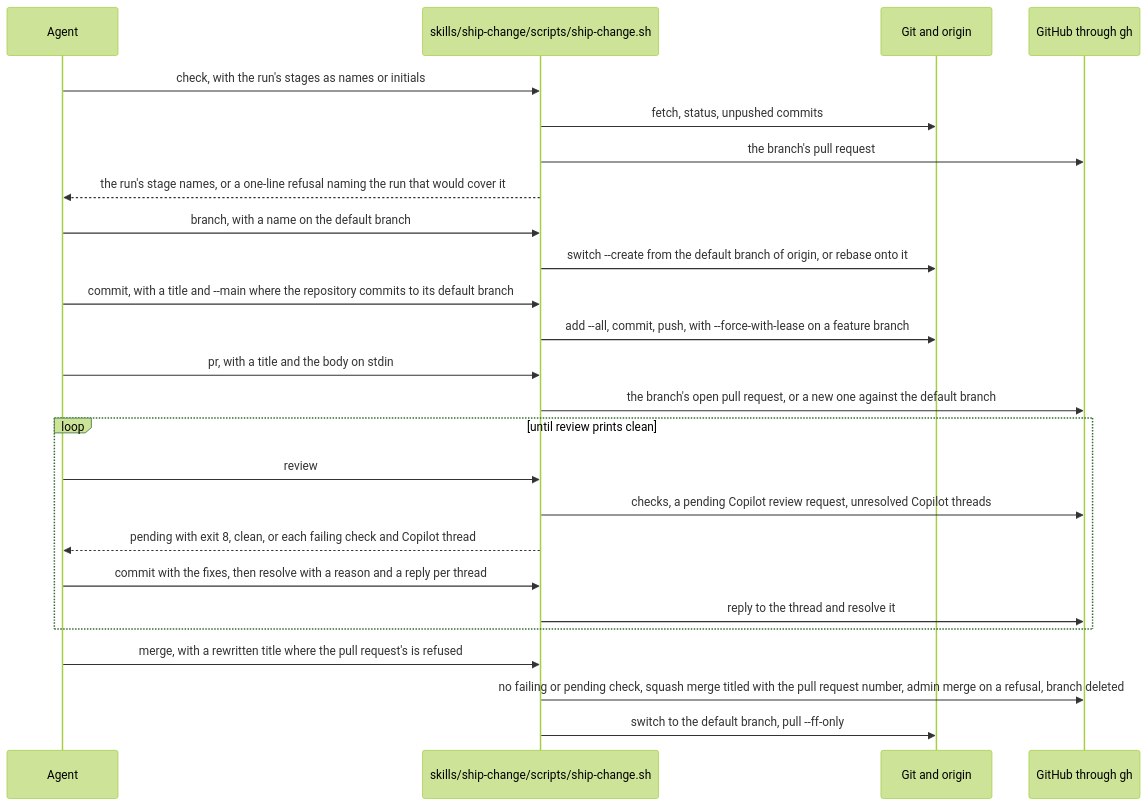
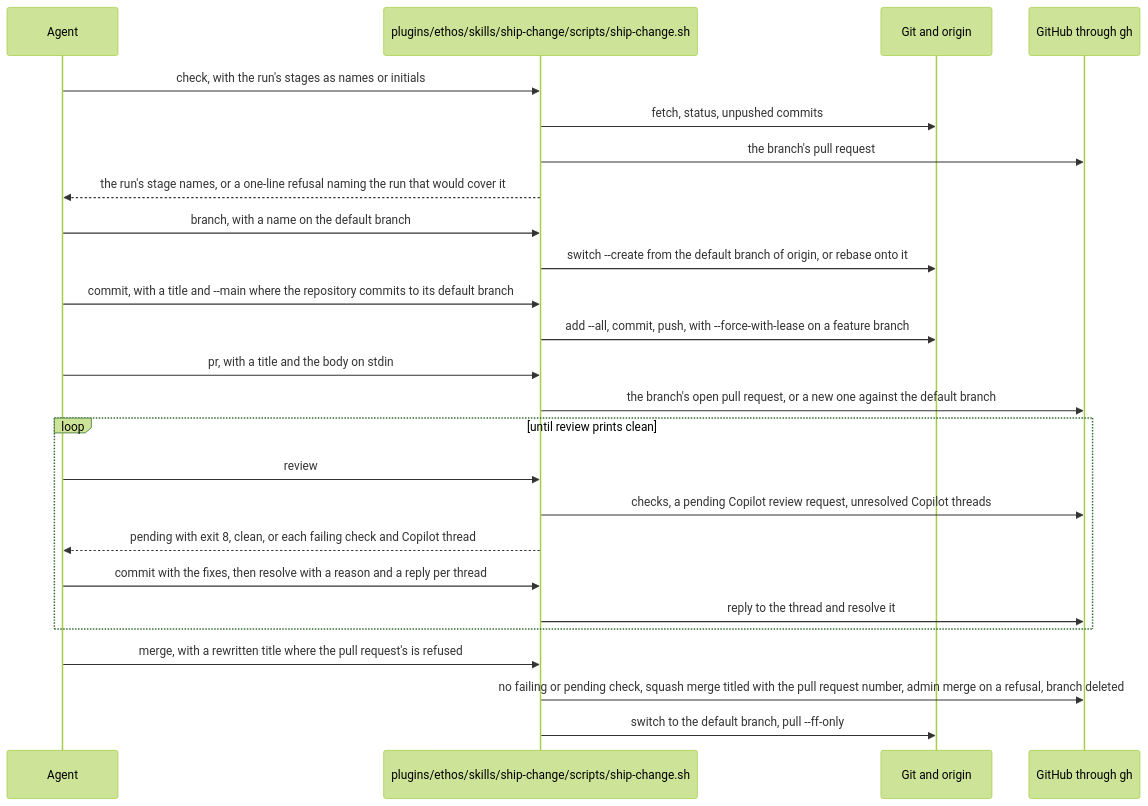
One commit to lennartmoeller/agentic-plugins changed the diagram in docs/contract/ship-change.md. Above: the diagram before and after it, drawn with Mermaid (forest theme). The commit also changed other lines of this file and 57 other files, not shown here.

````diff
--- a/docs/contract/ship-change.md
+++ b/docs/contract/ship-change.md
@@ -3,28 +3,28 @@
 ```mermaid
 sequenceDiagram
     participant agent as Agent
-    participant script as skills/ship-change/scripts/ship-change.sh
+    participant script as plugins/ethos/skills/ship-change/scripts/ship-change.sh
     participant git as Git and origin
     participant github as GitHub through gh
 
     agent->>script: check, with the run's stages as names or initials
     script->>git: fetch, status, unpushed commits
     script->>github: the branch's pull request
     script-->>agent: the run's stage names, or a one-line refusal naming the run that would cover it
     agent->>script: branch, with a name on the default branch
     script->>git: switch --create from the default branch of origin, or rebase onto it
     agent->>script: commit, with a title and --main where the repository commits to its default branch
     script->>git: add --all, commit, push, with --force-with-lease on a feature branch
     agent->>script: pr, with a title and the body on stdin
     script->>github: the branch's open pull request, or a new one against the default branch
     loop until review prints clean
         agent->>script: review
         script->>github: checks, a pending Copilot review request, unresolved Copilot threads
         script-->>agent: pending with exit 8, clean, or each failing check and Copilot thread
         agent->>script: commit with the fixes, then resolve with a reason and a reply per thread
         script->>github: reply to the thread and resolve it
     end
     agent->>script: merge, with a rewritten title where the pull request's is refused
     script->>github: no failing or pending check, squash merge titled with the pull request number, admin merge on a refusal, branch deleted
     script->>git: switch to the default branch, pull --ff-only
 ```
````
